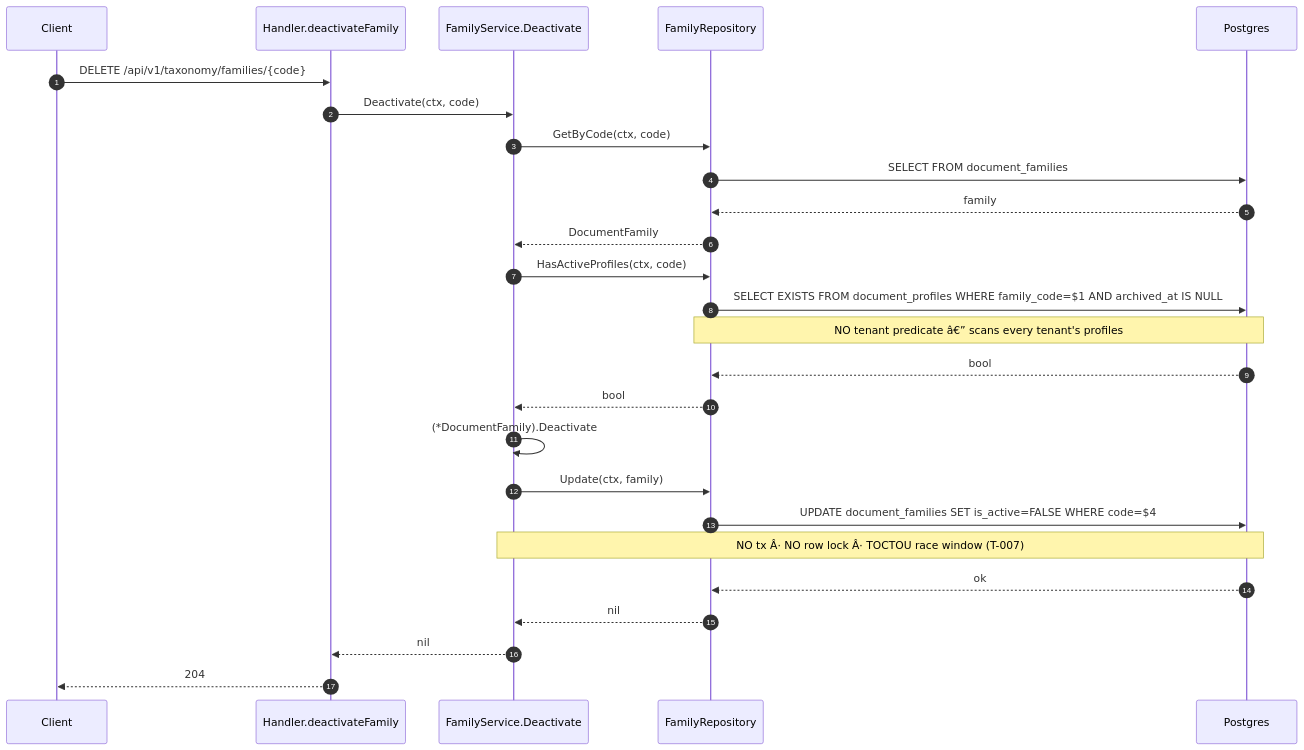
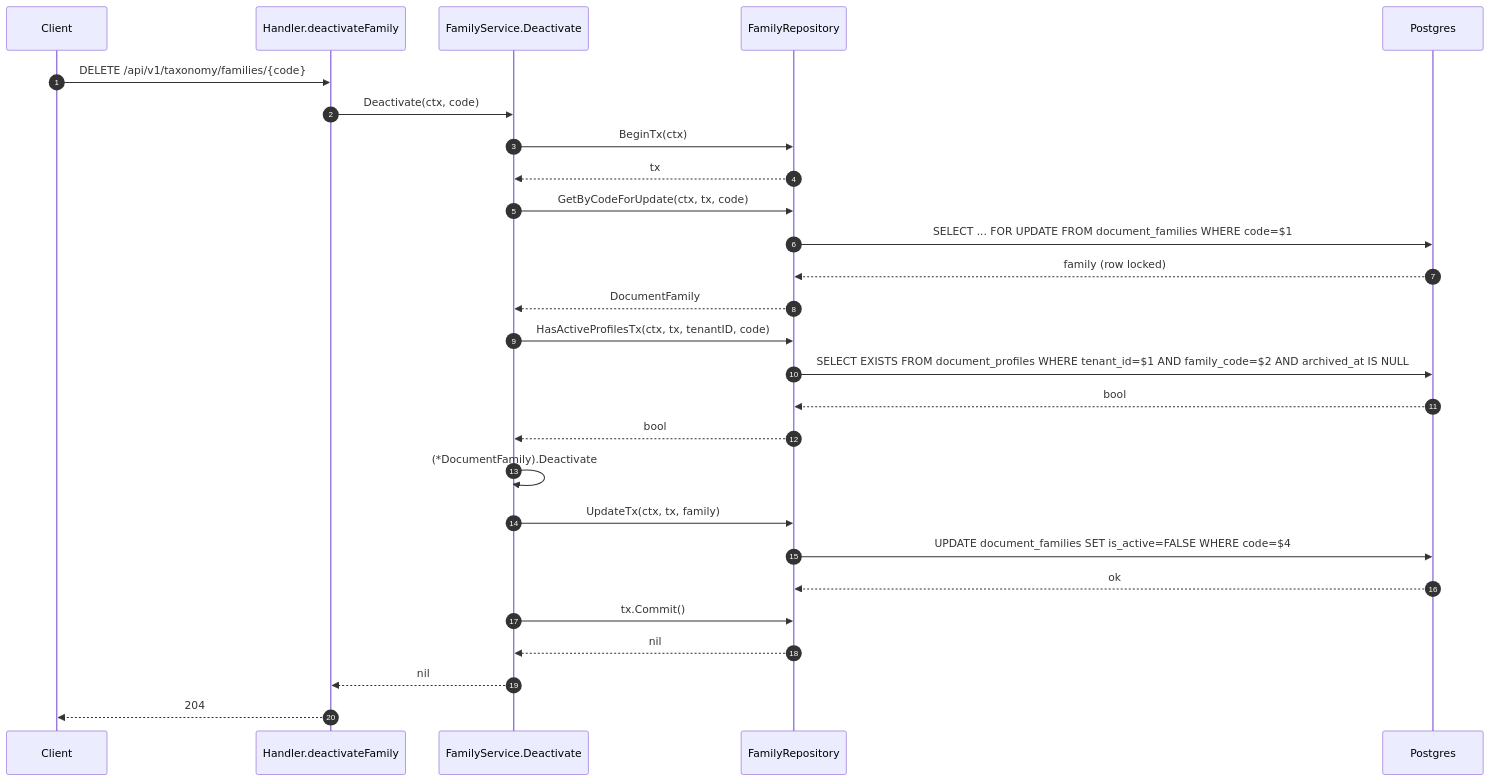
One commit to developmentconexus-ops/MetalDocs changed the fifth of 5 diagrams in wiki/modules/taxonomy.md. Above: the diagram before and after it, drawn with Mermaid. The commit also changed other lines of this file and 79 other files, not shown here.

````diff
--- a/wiki/modules/taxonomy.md
+++ b/wiki/modules/taxonomy.md
@@ -268,28 +271,29 @@
 ```mermaid
 sequenceDiagram
     autonumber
     participant C as Client
     participant H as Handler.deactivateFamily
     participant S as FamilyService.Deactivate
     participant R as FamilyRepository
     participant DB as Postgres
     C->>H: DELETE /api/v1/taxonomy/families/{code}
     H->>S: Deactivate(ctx, code)
-    S->>R: GetByCode(ctx, code)
-    R->>DB: SELECT FROM document_families
-    DB-->>R: family
+    S->>R: BeginTx(ctx)
+    R-->>S: tx
+    S->>R: GetByCodeForUpdate(ctx, tx, code)
+    R->>DB: SELECT ... FOR UPDATE FROM document_families WHERE code=$1
+    DB-->>R: family (row locked)
     R-->>S: DocumentFamily
-    S->>R: HasActiveProfiles(ctx, code)
-    R->>DB: SELECT EXISTS FROM document_profiles WHERE family_code=$1 AND archived_at IS NULL
-    Note over R,DB: NO tenant predicate â€” scans every tenant's profiles
+    S->>R: HasActiveProfilesTx(ctx, tx, tenantID, code)
+    R->>DB: SELECT EXISTS FROM document_profiles WHERE tenant_id=$1 AND family_code=$2 AND archived_at IS NULL
     DB-->>R: bool
     R-->>S: bool
     S->>S: (*DocumentFamily).Deactivate
-    S->>R: Update(ctx, family)
+    S->>R: UpdateTx(ctx, tx, family)
     R->>DB: UPDATE document_families SET is_active=FALSE WHERE code=$4
-    Note over S,DB: NO tx Â· NO row lock Â· TOCTOU race window (T-007)
     DB-->>R: ok
+    S->>R: tx.Commit()
     R-->>S: nil
     S-->>H: nil
     H-->>C: 204
 ```
````
